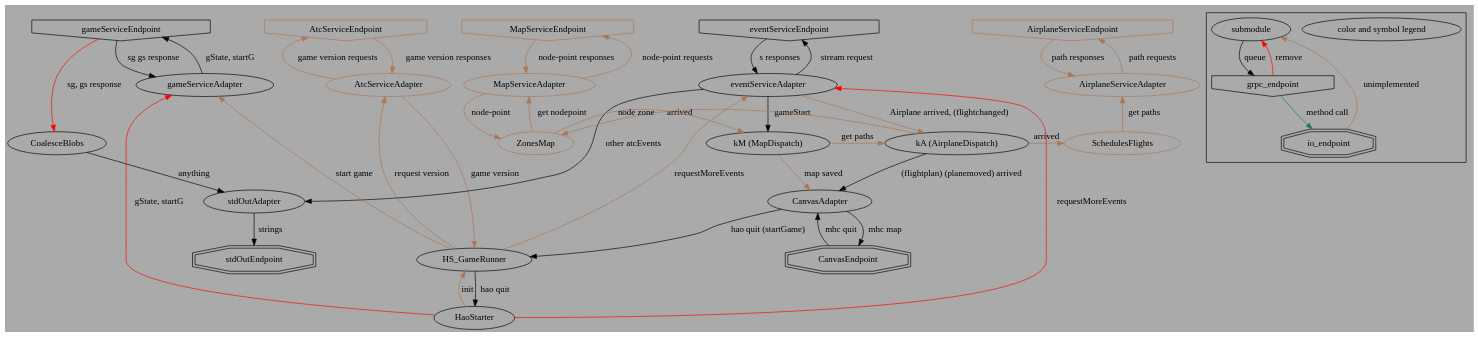
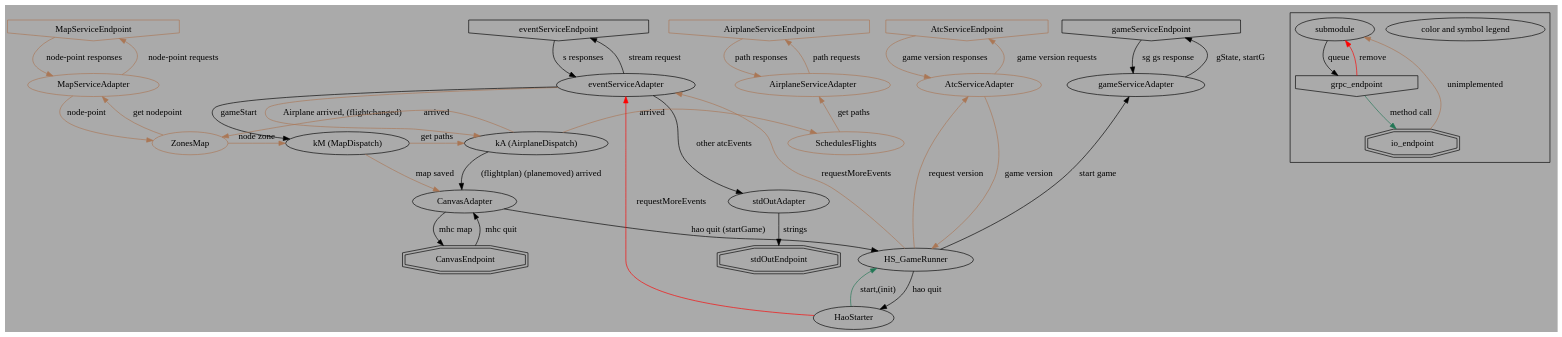
The diagram in docs/modules/queues.dot (Nzen/hircine-anise-okkoz), drawn with Graphviz before and after one commit. The commit also changed 5 other files, not shown here.

First line of the commit message:
refac i20220914 Factory manages queues, not HaoStarter

```diff
--- a/docs/modules/queues.dot
+++ b/docs/modules/queues.dot
@@ -1,124 +1,119 @@
 
 digraph haokkoz_data_flow
 {
 
 /*
 */
 	bgcolor = "#AAAAAA"
 
 	{
 		rank = same;
 		AtcServiceEndpoint [ shape = invhouse color = "#AA7755" ]; # for game version
 		AirplaneServiceEndpoint [ shape = invhouse color = "#AA7755" ]; # for updating flight plans
 		MapServiceEndpoint [ shape = invhouse color = "#AA7755" ]; # for node to point conversion
 		eventServiceEndpoint [ shape = invhouse ];
 		gameServiceEndpoint [ shape = invhouse ];
 	}
 
 	{
 		rank = same;
 		stdOutEndpoint [ shape = doubleoctagon ];
 		CanvasEndpoint [ shape = doubleoctagon ];
 	}
 
 	{
 		rank = same;
 		AirplaneServiceAdapter [ color = "#AA7755" ];
 		AtcServiceAdapter [ color = "#AA7755" ];
 		eventServiceAdapter;
 		gameServiceAdapter;
 		MapServiceAdapter [ color = "#AA7755" ];
 	}
 
 	{
 		rank = same;
 		CanvasAdapter;
 		stdOutAdapter;
 	}
 
 	{
 		rank = same;
-		CoalesceBlobs;
 		knowsAirplanes [ label = "kA (AirplaneDispatch)" ];
 		knowsMap [ label = "kM (MapDispatch)" ];
 		SchedulesFlights [ color = "#AA7755" ];
 		ZonesMap [ color = "#AA7755" ];
 	}
 
 	HaoStarter;
 	HS_GameRunner;
 
 	# [ label = "" ];
 
 	AirplaneServiceAdapter -> AirplaneServiceEndpoint [ label = "path requests" color = "#AA7755" ];
 
 	AirplaneServiceEndpoint -> AirplaneServiceAdapter [ label = "path responses" color = "#AA7755" ];
 
 	AtcServiceAdapter -> AtcServiceEndpoint [ label = "game version requests" color = "#AA7755" ];
 	AtcServiceAdapter -> HS_GameRunner [ label = "game version" color = "#AA7755" ];
 
 	AtcServiceEndpoint -> AtcServiceAdapter [ label = "game version responses" color = "#AA7755" ];
 
-	CoalesceBlobs -> stdOutAdapter [ label = "anything" ];
-
 	CanvasEndpoint -> CanvasAdapter [ label = "mhc quit" ];
 
 	CanvasAdapter -> CanvasEndpoint [ label = "mhc map" ];
 	CanvasAdapter -> HS_GameRunner [ label = "hao quit (startGame)" ];
 
 	eventServiceAdapter -> eventServiceEndpoint [ label = "stream request" ];
 	eventServiceAdapter -> knowsMap [ label = "gameStart" ];
 	eventServiceAdapter -> stdOutAdapter [ label = "other atcEvents" ];
 	eventServiceAdapter -> knowsAirplanes [ label = "Airplane arrived, (flightchanged)" color = "#AA7755" ];
 
 	eventServiceEndpoint -> eventServiceAdapter [ label = "s responses" ];
 
 	HaoStarter -> eventServiceAdapter [ label = "requestMoreEvents" color = "red" ];
-	HaoStarter -> gameServiceAdapter [ label = "gState, startG" color = "red" ];
-	HaoStarter -> HS_GameRunner [ label = "init" color = "#AA7755" ];
+	HaoStarter -> HS_GameRunner [ label = "start,(init)" color = "#227755" ];
 
 	HS_GameRunner -> AtcServiceAdapter [ label = "request version" color = "#AA7755" ];
-	HS_GameRunner -> gameServiceAdapter [ label = "start game" color = "#AA7755" ];
+	HS_GameRunner -> gameServiceAdapter [ label = "start game" ];
 	HS_GameRunner -> HaoStarter [ label = "hao quit" ];
 	HS_GameRunner -> eventServiceAdapter [ label = "requestMoreEvents" color = "#AA7755" ];
 
 	gameServiceAdapter -> gameServiceEndpoint [ label = "gState, startG" ];
 
-	gameServiceEndpoint -> CoalesceBlobs [ label = "sg, gs response" color = "red" ];
 	gameServiceEndpoint -> gameServiceAdapter [ label = "sg gs response" ];
 
 	knowsAirplanes -> CanvasAdapter [ label = "(flightplan) (planemoved) arrived" ];
 	knowsAirplanes -> SchedulesFlights [ label = "arrived" color = "#AA7755" ];
 	knowsAirplanes -> ZonesMap [ label = "arrived" color = "#AA7755" ];
 
 	knowsMap -> CanvasAdapter [ label = "map saved" color = "#AA7755" ];
 	knowsMap -> knowsAirplanes [ label = "get paths" color = "#AA7755" ];
 
 	MapServiceAdapter -> MapServiceEndpoint [ label = "node-point requests" color = "#AA7755" ];
 	MapServiceAdapter -> ZonesMap [ label = "node-point" color = "#AA7755" ];
 
 	MapServiceEndpoint -> MapServiceAdapter [ label = "node-point responses" color = "#AA7755" ];
 
 	SchedulesFlights -> AirplaneServiceAdapter [ label = "get paths" color = "#AA7755" ];
 
 	stdOutAdapter -> stdOutEndpoint [ label = "strings" ];
 
 	ZonesMap -> MapServiceAdapter [ label = "get nodepoint" color = "#AA7755" ];
 	ZonesMap -> knowsMap [ label = "node zone" color = "#AA7755" ];
 
 	# ->  [ label = "" ];
 
 	subgraph cluster0 {
 		color_legend [ label = "color and symbol legend" ];
 		submodule;
 		grpc_endpoint [ shape = invhouse ];
 		io_endpoint [ shape = doubleoctagon ];
 
 		submodule -> grpc_endpoint [ label = "queue" ];
 
 		grpc_endpoint -> io_endpoint [ label = "method call" color = "#227755" ];
 		grpc_endpoint -> submodule [ label = "remove" color = "red" ];
 
 		io_endpoint -> submodule [ label = "unimplemented" color = "#AA7755" ];
 	}
 }
```
